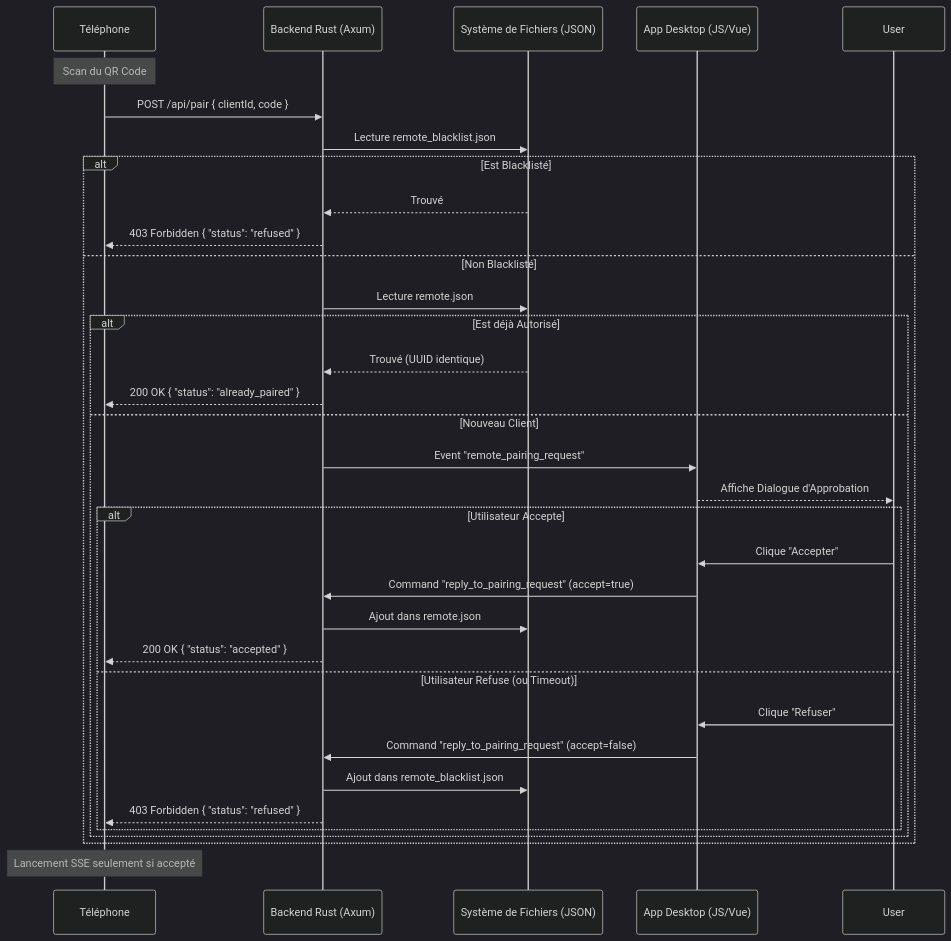
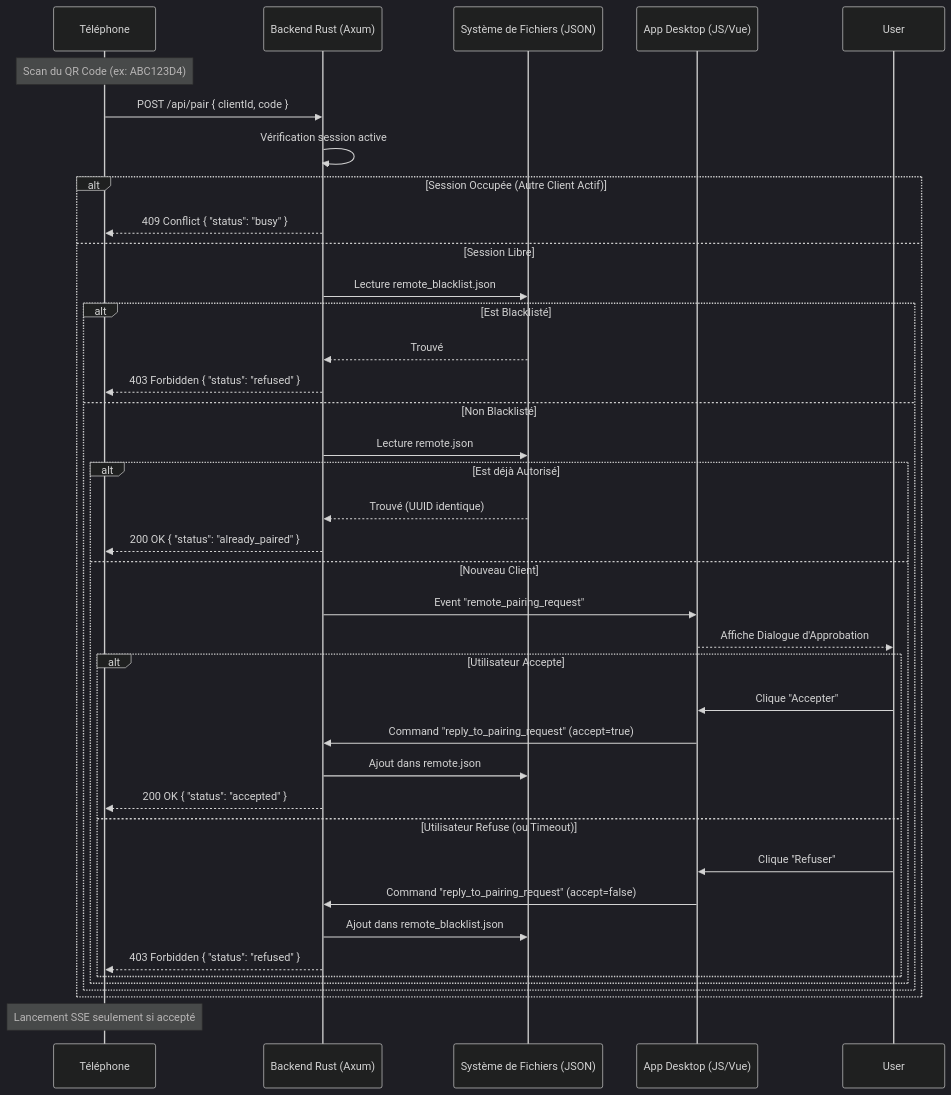
Before and after one commit to JMBaubet/VisuGPS: the first of 2 diagrams in documentation/remote_interface/FLUX_LOGIQUES.md, drawn with Mermaid (dark theme). The commit also changed other lines of this file and 7 other files, not shown here.

First line of the commit message:
feat(remote): bouton abandon couplage et code alphanumérique

````diff
--- a/documentation/remote_interface/FLUX_LOGIQUES.md
+++ b/documentation/remote_interface/FLUX_LOGIQUES.md
@@ -9,39 +9,44 @@
 ```mermaid
 sequenceDiagram
     participant Mobile as Téléphone
     participant Backend as Backend Rust (Axum)
     participant FS as Système de Fichiers (JSON)
     participant Desktop as App Desktop (JS/Vue)
 
-    Note over Mobile: Scan du QR Code
+    Note over Mobile: Scan du QR Code (ex: ABC123D4)
     Mobile->>Backend: POST /api/pair { clientId, code }
     
-    Backend->>FS: Lecture remote_blacklist.json
-    alt Est Blacklisté
-        FS-->>Backend: Trouvé
-        Backend-->>Mobile: 403 Forbidden { "status": "refused" }
-    else Non Blacklisté
-        Backend->>FS: Lecture remote.json
-        alt Est déjà Autorisé
-            FS-->>Backend: Trouvé (UUID identique)
-            Backend-->>Mobile: 200 OK { "status": "already_paired" }
-        else Nouveau Client
-            Backend->>Desktop: Event "remote_pairing_request"
-            Desktop-->>User: Affiche Dialogue d'Approbation
-            
-            alt Utilisateur Accepte
-                User->>Desktop: Clique "Accepter"
-                Desktop->>Backend: Command "reply_to_pairing_request" (accept=true)
-                Backend->>FS: Ajout dans remote.json
-                Backend-->>Mobile: 200 OK { "status": "accepted" }
-            else Utilisateur Refuse (ou Timeout)
-                User->>Desktop: Clique "Refuser"
-                Desktop->>Backend: Command "reply_to_pairing_request" (accept=false)
-                Backend->>FS: Ajout dans remote_blacklist.json
-                Backend-->>Mobile: 403 Forbidden { "status": "refused" }
+    Backend->>Backend: Vérification session active
+    alt Session Occupée (Autre Client Actif)
+        Backend-->>Mobile: 409 Conflict { "status": "busy" }
+    else Session Libre
+        Backend->>FS: Lecture remote_blacklist.json
+        alt Est Blacklisté
+            FS-->>Backend: Trouvé
+            Backend-->>Mobile: 403 Forbidden { "status": "refused" }
+        else Non Blacklisté
+            Backend->>FS: Lecture remote.json
+            alt Est déjà Autorisé
+                FS-->>Backend: Trouvé (UUID identique)
+                Backend-->>Mobile: 200 OK { "status": "already_paired" }
+            else Nouveau Client
+                Backend->>Desktop: Event "remote_pairing_request"
+                Desktop-->>User: Affiche Dialogue d'Approbation
+                
+                alt Utilisateur Accepte
+                    User->>Desktop: Clique "Accepter"
+                    Desktop->>Backend: Command "reply_to_pairing_request" (accept=true)
+                    Backend->>FS: Ajout dans remote.json
+                    Backend-->>Mobile: 200 OK { "status": "accepted" }
+                else Utilisateur Refuse (ou Timeout)
+                    User->>Desktop: Clique "Refuser"
+                    Desktop->>Backend: Command "reply_to_pairing_request" (accept=false)
+                    Backend->>FS: Ajout dans remote_blacklist.json
+                    Backend-->>Mobile: 403 Forbidden { "status": "refused" }
+                end
             end
         end
     end
     
     Note over Mobile: Lancement SSE seulement si accepté
 ```
````
